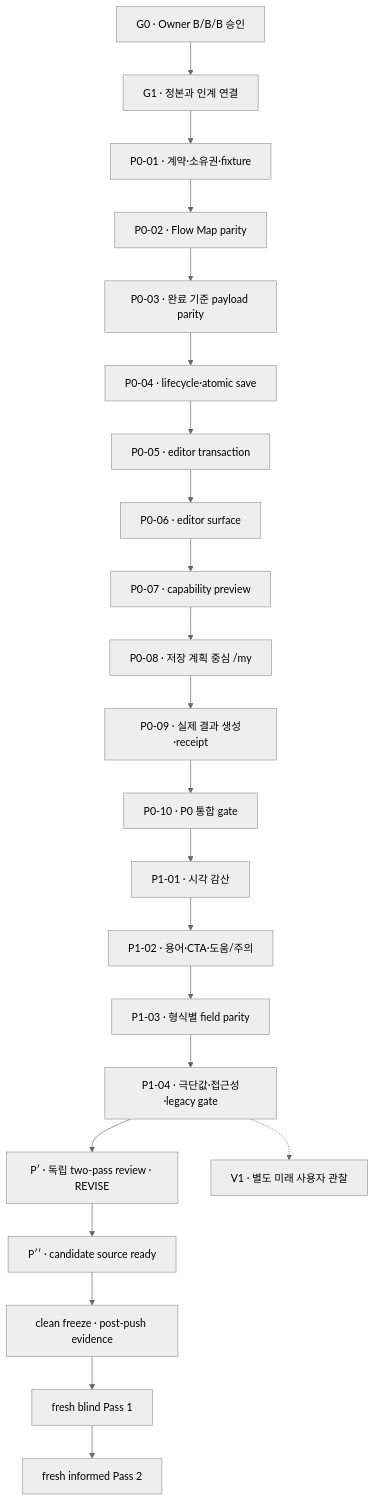
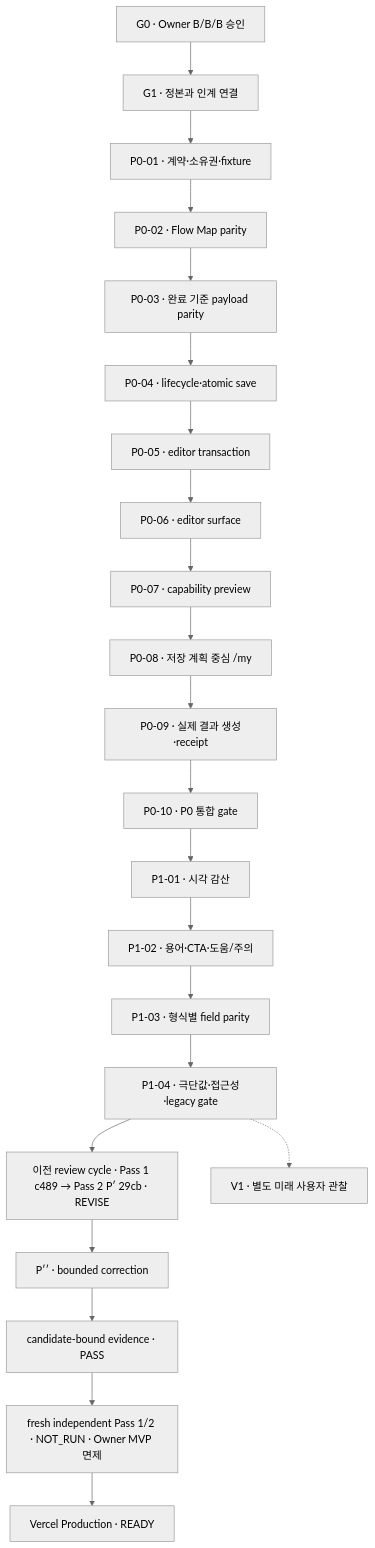
The diagram in docs/specs/2026-08-04-p35-round2-bounded-ux-correction/full-program.md (knhbae/flowme2605), drawn with Mermaid (neutral theme) before and after one commit. The commit also changed other lines of this file and 8 other files, not shown here.

````diff
--- a/docs/specs/2026-08-04-p35-round2-bounded-ux-correction/full-program.md
+++ b/docs/specs/2026-08-04-p35-round2-bounded-ux-correction/full-program.md
@@ -72,24 +72,24 @@
 ```mermaid
 flowchart TD
   G0["G0 · Owner B/B/B 승인"] --> G1["G1 · 정본과 인계 연결"]
   G1 --> P001["P0-01 · 계약·소유권·fixture"]
   P001 --> P002["P0-02 · Flow Map parity"]
   P002 --> P003["P0-03 · 완료 기준 payload parity"]
   P003 --> P004["P0-04 · lifecycle·atomic save"]
   P004 --> P005["P0-05 · editor transaction"]
   P005 --> P006["P0-06 · editor surface"]
   P006 --> P007["P0-07 · capability preview"]
   P007 --> P008["P0-08 · 저장 계획 중심 /my"]
   P008 --> P009["P0-09 · 실제 결과 생성·receipt"]
   P009 --> P010["P0-10 · P0 통합 gate"]
   P010 --> P101["P1-01 · 시각 감산"]
   P101 --> P102["P1-02 · 용어·CTA·도움/주의"]
   P102 --> P103["P1-03 · 형식별 field parity"]
   P103 --> P104["P1-04 · 극단값·접근성·legacy gate"]
-  P104 --> PP["P′ · 독립 two-pass review · REVISE"]
-  PP --> PPP["P′′ · candidate source ready"]
-  PPP --> CF["clean freeze · post-push evidence"]
-  CF --> R1["fresh blind Pass 1"]
-  R1 --> R2["fresh informed Pass 2"]
+  P104 --> PP["이전 review cycle · Pass 1 c489 → Pass 2 P′ 29cb · REVISE"]
+  PP --> PPP["P′′ · bounded correction"]
+  PPP --> CF["candidate-bound evidence · PASS"]
+  CF --> RW["fresh independent Pass 1/2 · NOT_RUN · Owner MVP 면제"]
+  RW --> PROD["Vercel Production · READY"]
   P104 -.-> V1["V1 · 별도 미래 사용자 관찰"]
 ```
````
